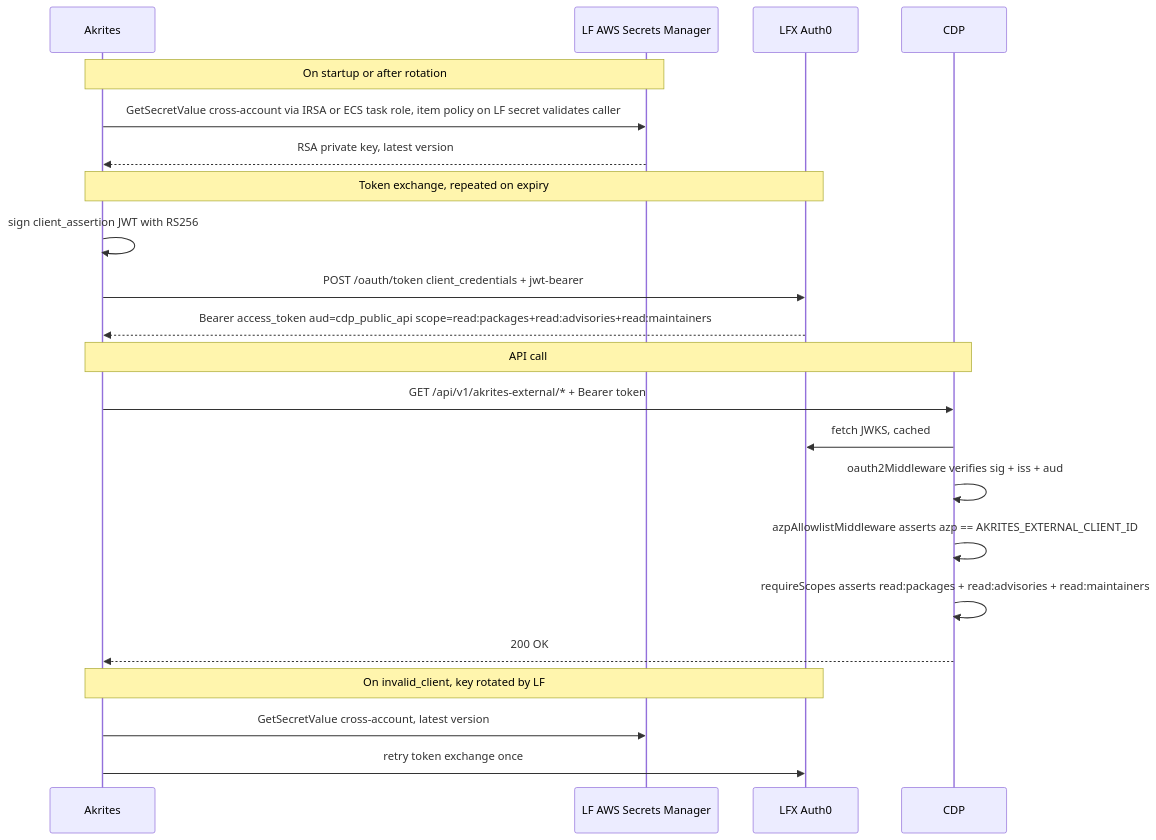
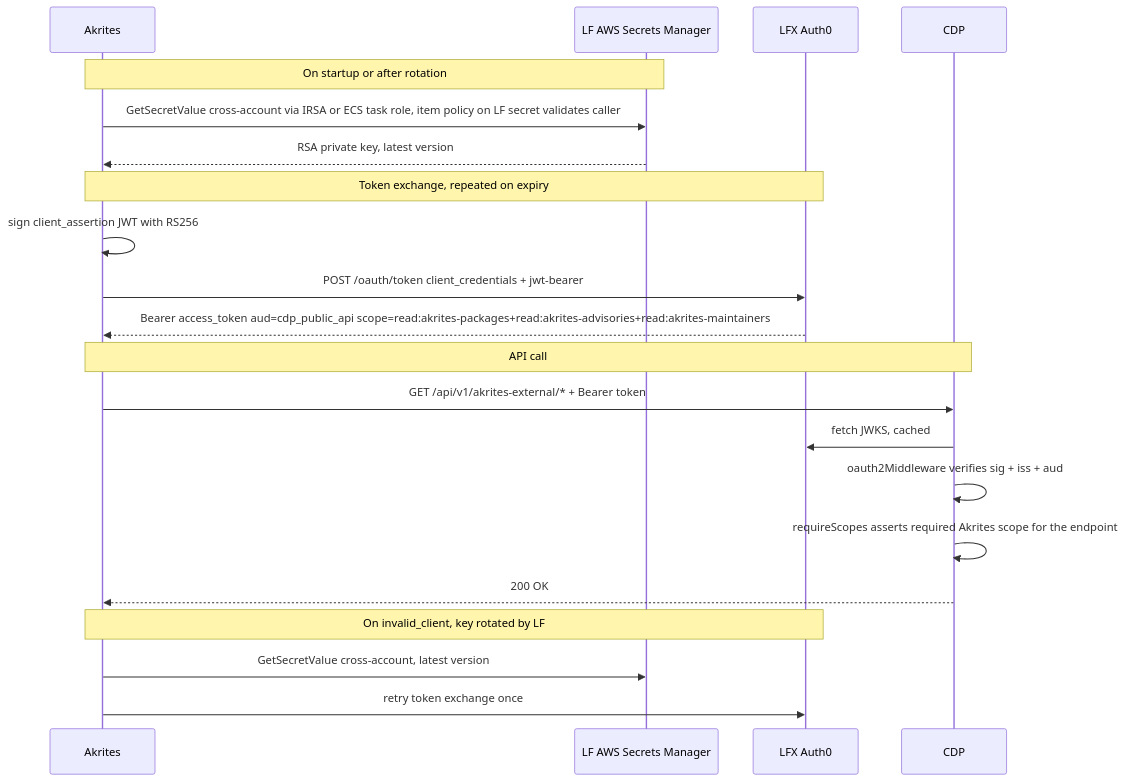
One commit to linuxfoundation/crowd.dev changed the diagram in docs/adr/0009-akrites-cdp-public-api-authentication.md. Above: the diagram before and after it, drawn with Mermaid. The commit also changed other lines of this file, not shown here.

Commit message:
docs: switch ADR-0009 to claim-based isolation via Akrites-namespaced scopes (CM-1333)

````diff
--- a/docs/adr/0009-akrites-cdp-public-api-authentication.md
+++ b/docs/adr/0009-akrites-cdp-public-api-authentication.md
@@ -84,28 +95,27 @@
 ```mermaid
 sequenceDiagram
     participant Akrites
     participant SM as LF AWS Secrets Manager
     participant Auth0 as LFX Auth0
     participant CDP
 
     Note over Akrites,SM: On startup or after rotation
     Akrites->>SM: GetSecretValue cross-account via IRSA or ECS task role, item policy on LF secret validates caller
     SM-->>Akrites: RSA private key, latest version
 
     Note over Akrites,Auth0: Token exchange, repeated on expiry
     Akrites->>Akrites: sign client_assertion JWT with RS256
     Akrites->>Auth0: POST /oauth/token client_credentials + jwt-bearer
-    Auth0-->>Akrites: Bearer access_token aud=cdp_public_api scope=read:packages+read:advisories+read:maintainers
+    Auth0-->>Akrites: Bearer access_token aud=cdp_public_api scope=read:akrites-packages+read:akrites-advisories+read:akrites-maintainers
 
     Note over Akrites,CDP: API call
     Akrites->>CDP: GET /api/v1/akrites-external/* + Bearer token
     CDP->>Auth0: fetch JWKS, cached
     CDP->>CDP: oauth2Middleware verifies sig + iss + aud
-    CDP->>CDP: azpAllowlistMiddleware asserts azp == AKRITES_EXTERNAL_CLIENT_ID
-    CDP->>CDP: requireScopes asserts read:packages + read:advisories + read:maintainers
+    CDP->>CDP: requireScopes asserts required Akrites scope for the endpoint
     CDP-->>Akrites: 200 OK
 
     Note over Akrites,Auth0: On invalid_client, key rotated by LF
     Akrites->>SM: GetSecretValue cross-account, latest version
     Akrites->>Auth0: retry token exchange once
 ```
````
